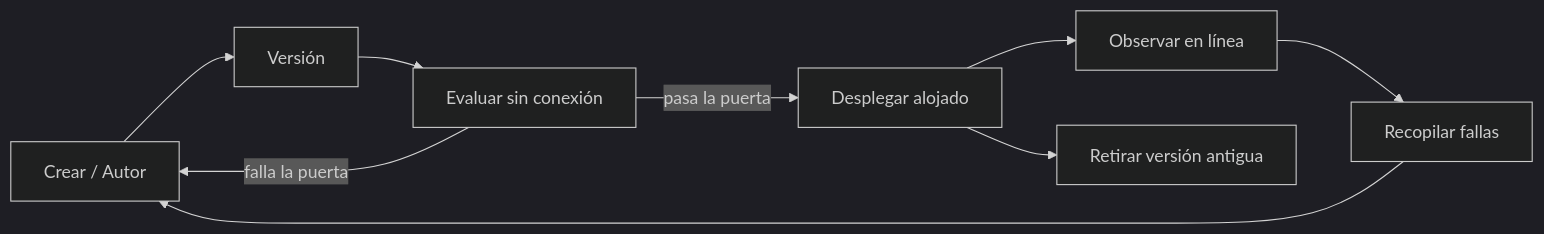
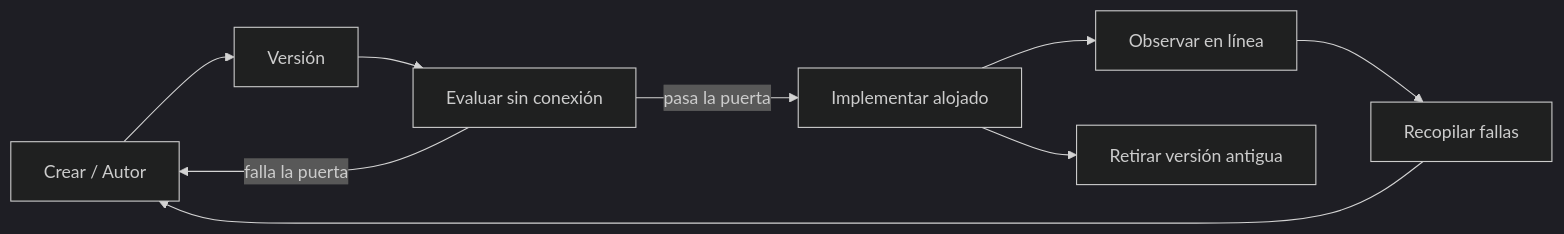
Before and after one commit to gabrielmoreira/agent-skills-mirror: the second of 4 diagrams in mirrors/repos/microsoft@ai-agents-for-beginners/translations/es/16-deploying-scalable-agents/README.md, drawn with Mermaid (dark theme). The commit also changed other lines of this file and 4262 other files, not shown here.

````diff
--- a/mirrors/repos/microsoft@ai-agents-for-beginners/translations/es/16-deploying-scalable-agents/README.md
+++ b/mirrors/repos/microsoft@ai-agents-for-beginners/translations/es/16-deploying-scalable-agents/README.md
@@ -108,11 +108,11 @@
 ```mermaid
 flowchart LR
     Create[Crear / Autor] --> Version[Versión]
     Version --> Evaluate[Evaluar sin conexión]
-    Evaluate -->|pasa la puerta| Deploy[Desplegar alojado]
+    Evaluate -->|pasa la puerta| Deploy[Implementar alojado]
     Evaluate -->|falla la puerta| Create
     Deploy --> Observe[Observar en línea]
     Observe --> Improve[Recopilar fallas]
     Improve --> Create
     Deploy --> Retire[Retirar versión antigua]
 ```
````
